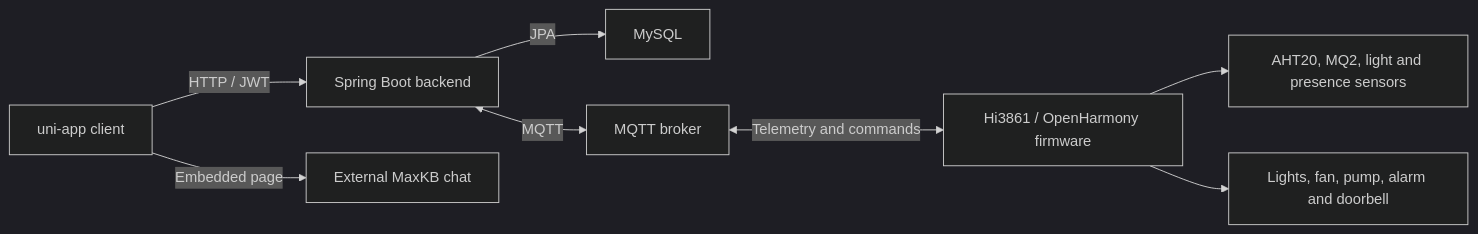
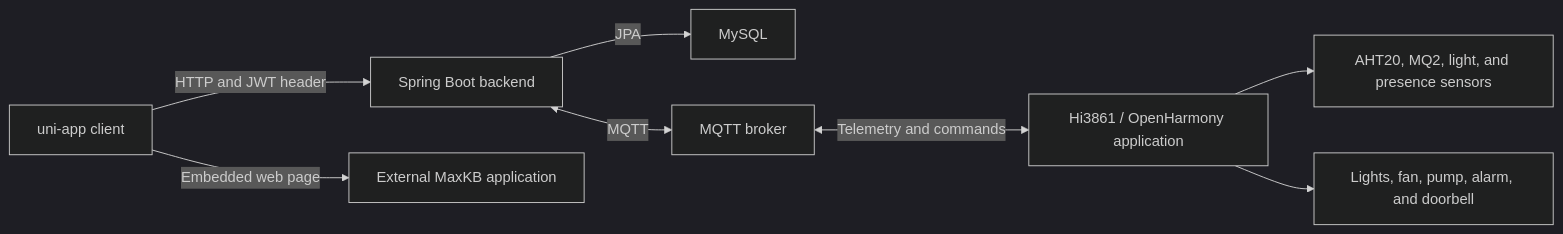
One commit to Nrun-Chen/Yijia-SmartHome changed the diagram in README.md. Above: the diagram before and after it, drawn with Mermaid (dark theme). The commit also changed other lines of this file and 1 other file, not shown here.

````diff
--- a/README.md
+++ b/README.md
@@ -23,10 +21,10 @@
 ```mermaid
 flowchart LR
-    U["uni-app client"] -->|"HTTP / JWT"| B["Spring Boot backend"]
-    U -->|"Embedded page"| A["External MaxKB chat"]
+    U["uni-app client"] -->|"HTTP and JWT header"| B["Spring Boot backend"]
+    U -->|"Embedded web page"| A["External MaxKB application"]
     B -->|"JPA"| D["MySQL"]
     B <-->|"MQTT"| M["MQTT broker"]
-    M <-->|"Telemetry and commands"| H["Hi3861 / OpenHarmony firmware"]
-    H --> S["AHT20, MQ2, light and presence sensors"]
-    H --> E["Lights, fan, pump, alarm and doorbell"]
+    M <-->|"Telemetry and commands"| H["Hi3861 / OpenHarmony application"]
+    H --> S["AHT20, MQ2, light, and presence sensors"]
+    H --> E["Lights, fan, pump, alarm, and doorbell"]
 ```
````
